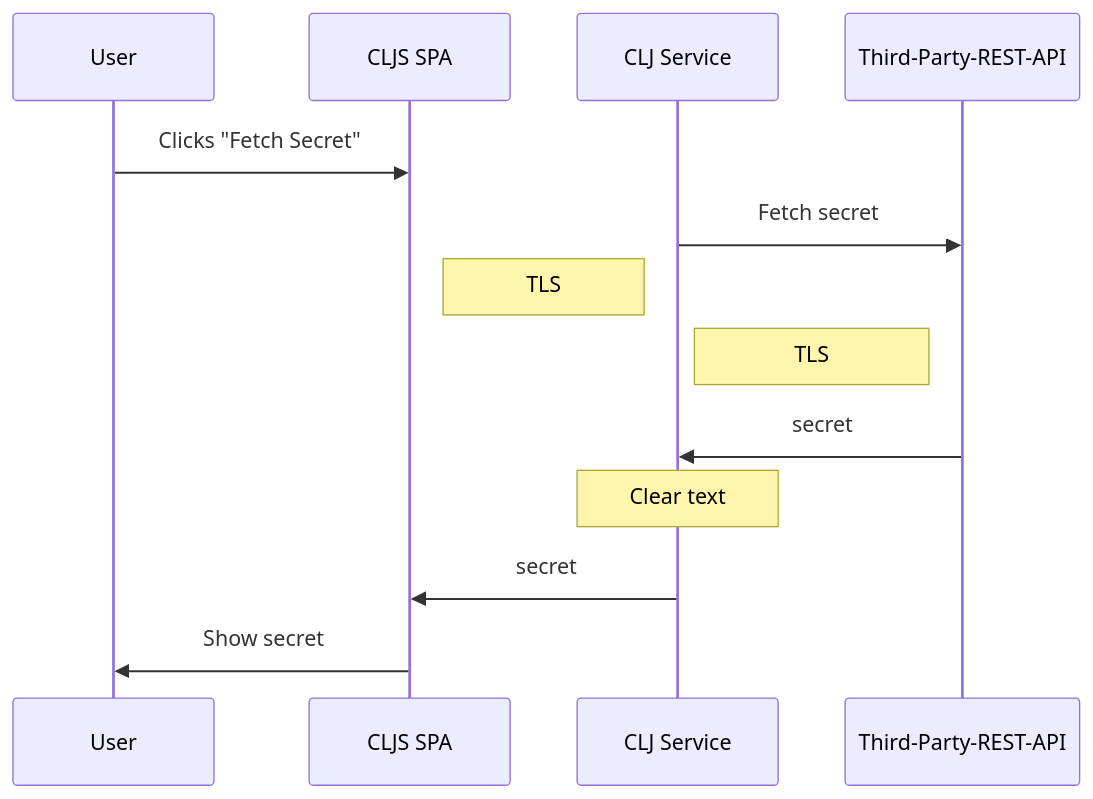
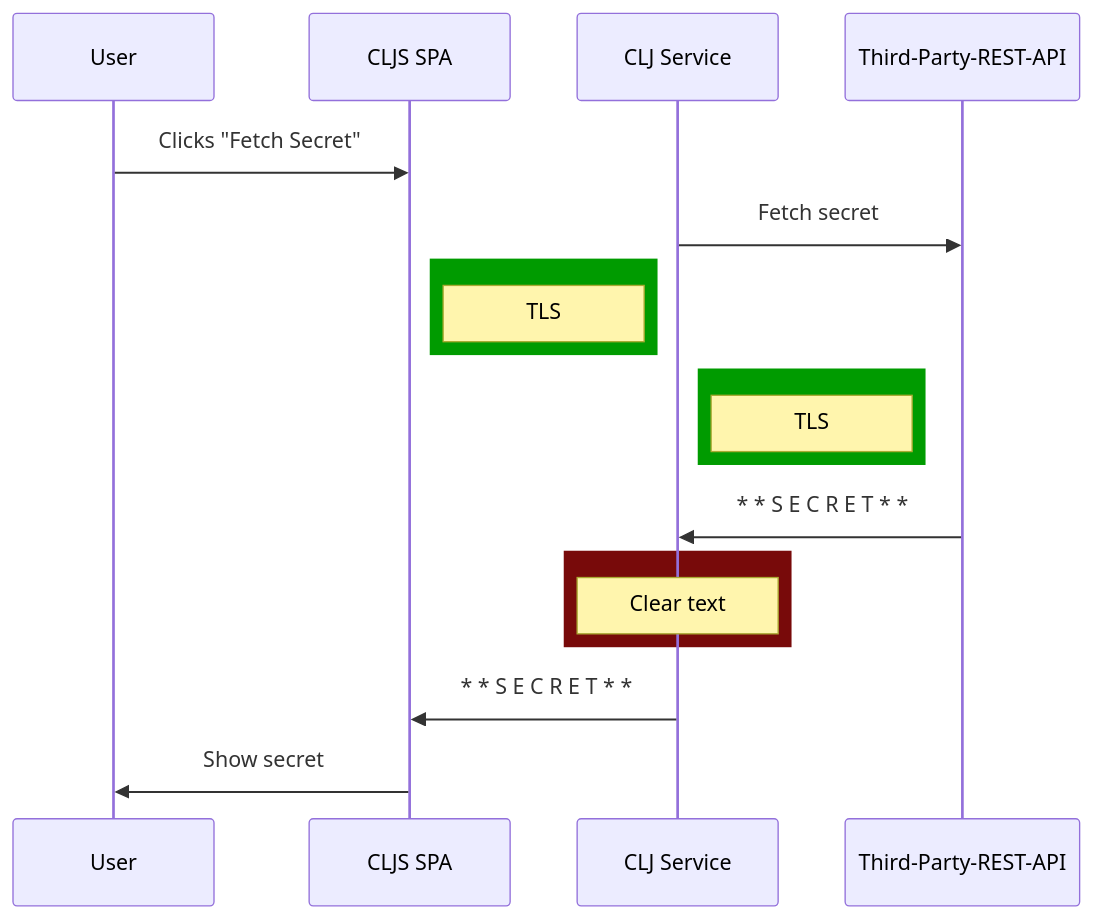
The diagram in docs/motivation.md (raymcdermott/ok2cry), drawn with Mermaid before and after one commit.

````diff
--- a/docs/motivation.md
+++ b/docs/motivation.md
@@ -1,11 +1,17 @@
 ```mermaid
 sequenceDiagram
 User->>CLJS SPA: Clicks "Fetch Secret"
 CLJ Service->>Third-Party-REST-API: Fetch secret
+rect rgb(0, 155, 0)
 Note left of CLJ Service: TLS
-Note left of Third-Party-REST-API: TLS
-Third-Party-REST-API->>CLJ Service: secret
+end
+rect rgb(0, 155, 0)
+Note right of CLJ Service: TLS
+end
+Third-Party-REST-API->>CLJ Service: * * S E C R E T * *
+rect rgb(120, 10, 10)
 Note over CLJ Service: Clear text
-CLJ Service->>CLJS SPA: secret
+end 
+CLJ Service->>CLJS SPA: * * S E C R E T * *
 CLJS SPA->>User: Show secret
 ```
````
